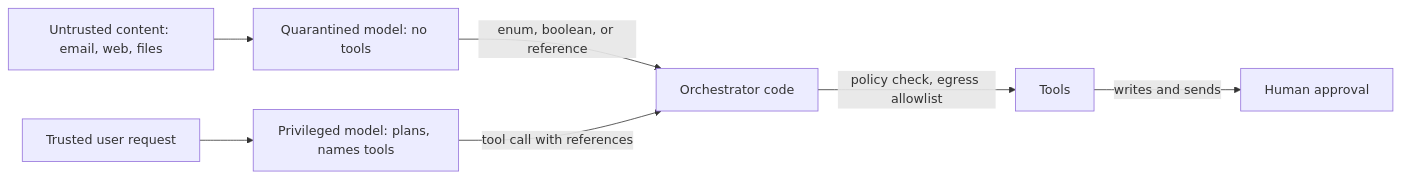
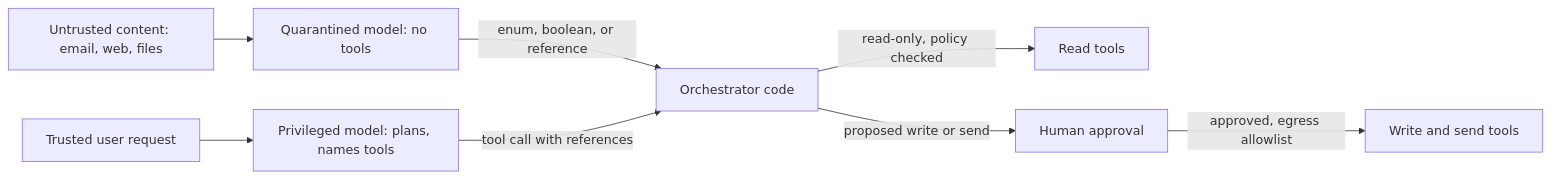
One commit to spabolu/system-design-modern changed the second of 2 diagrams in docs/05-advanced/production-ai-agents.md. Above: the diagram before and after it, drawn with Mermaid. The commit also changed other lines of this file, not shown here.

First line of the commit message:
Fix production AI agents: approval before writes, caching scope, trim length

````diff
--- a/docs/05-advanced/production-ai-agents.md
+++ b/docs/05-advanced/production-ai-agents.md
@@ -104,9 +80,10 @@
 ```mermaid
 flowchart LR
     U[Trusted user request] --> P["Privileged model: plans, names tools"]
     X["Untrusted content: email, web, files"] --> Q["Quarantined model: no tools"]
     Q -->|"enum, boolean, or reference"| O[Orchestrator code]
     P -->|tool call with references| O
-    O -->|"policy check, egress allowlist"| T[Tools]
-    T -->|writes and sends| H[Human approval]
+    O -->|"read-only, policy checked"| RT[Read tools]
+    O -->|proposed write or send| H[Human approval]
+    H -->|"approved, egress allowlist"| WT[Write and send tools]
 ```
````
